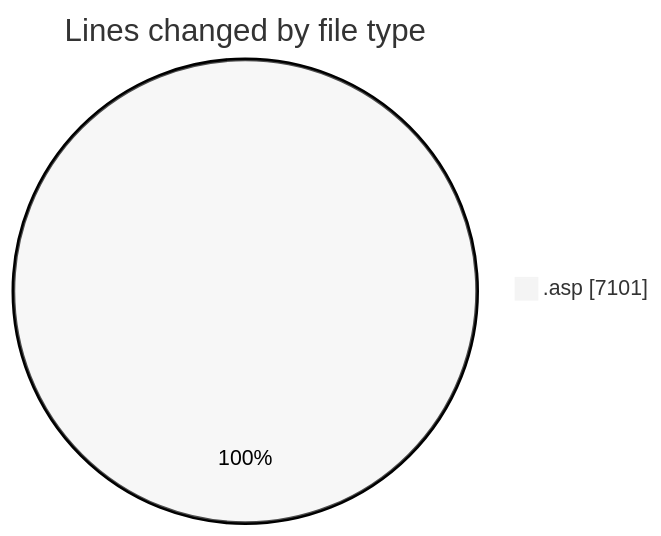
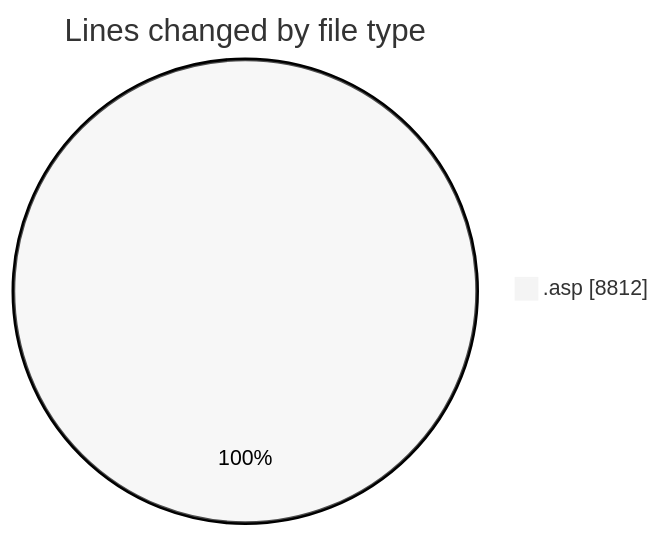
Before and after one commit to julien-gomy/code-tracking: the first of 2 diagrams in 2025-11-27/cdp_aleoudev_fr__workspace_/README.md, drawn with Mermaid (neutral theme). The commit also changed other lines of this file and 1 other file, not shown here.

````diff
--- a/2025-11-27/cdp_aleoudev_fr__workspace_/README.md
+++ b/2025-11-27/cdp_aleoudev_fr__workspace_/README.md
@@ -22,5 +23,5 @@
 ```mermaid
 pie showData
 title Lines changed by file type
-".asp" : 7101
+".asp" : 8812
 ```
````
